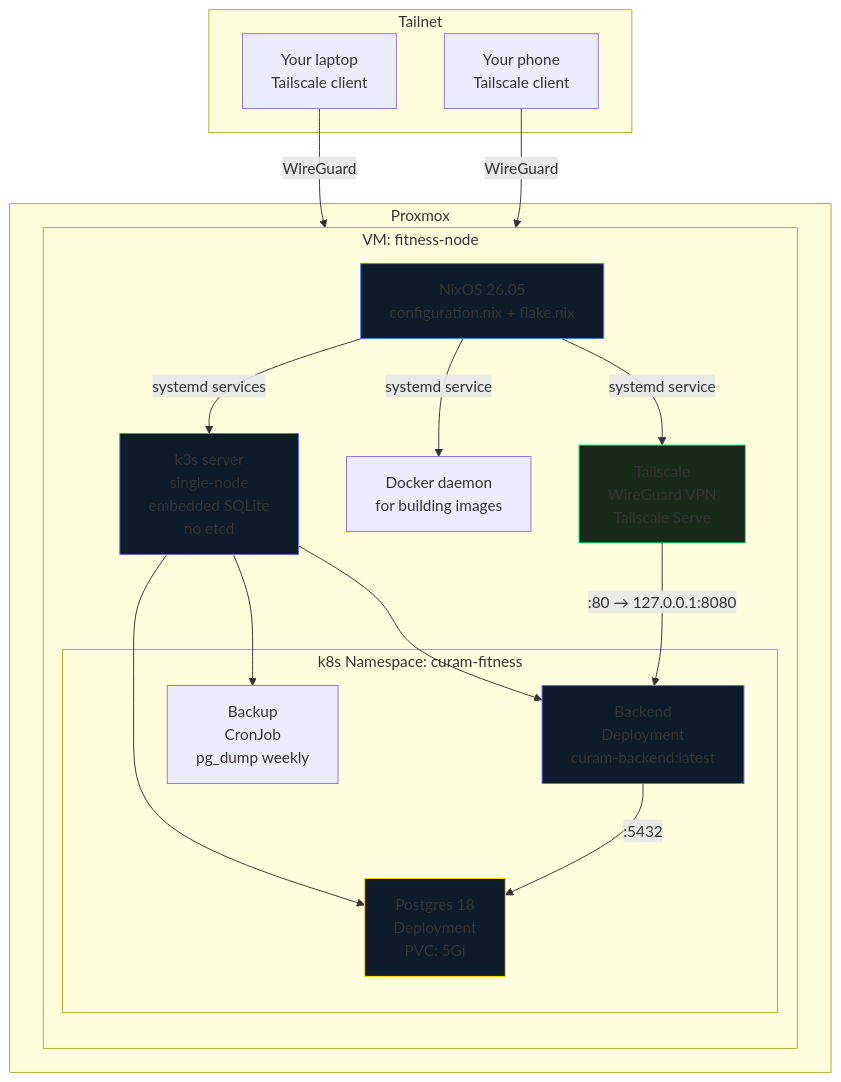
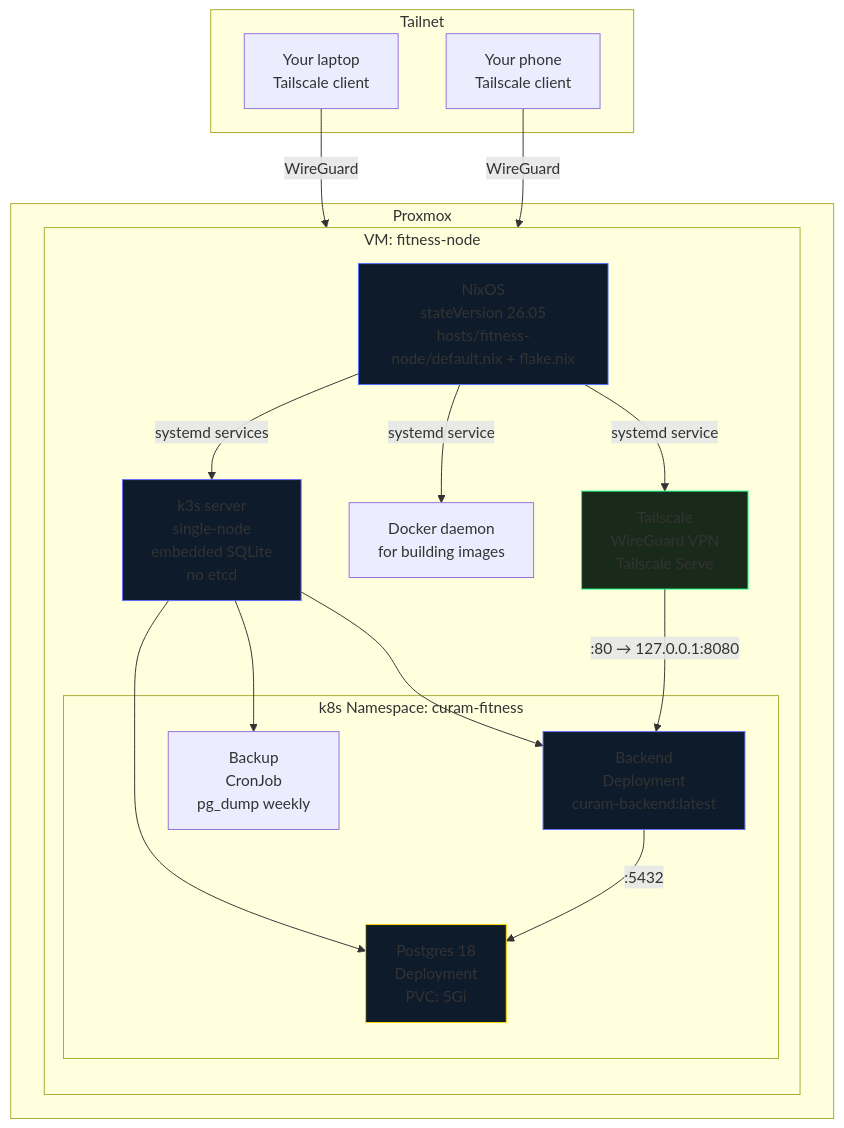
One commit to darrenmeehan/nix-config changed the first of 7 diagrams in docs/architecture.md. Above: the diagram before and after it, drawn with Mermaid. The commit also changed other lines of this file and 6 other files, not shown here.

Commit message:
docs: proxmox image workflow, fitness-node deploy walkthrough, k0s obsoletion

````diff
--- a/docs/architecture.md
+++ b/docs/architecture.md
@@ -10,39 +10,39 @@
 ```mermaid
 graph TB
     subgraph "Proxmox"
         subgraph "VM: fitness-node"
             direction TB
-            A[NixOS 26.05<br/>configuration.nix + flake.nix]
+            A[NixOS<br/>stateVersion 26.05<br/>hosts/fitness-node/default.nix + flake.nix]
             B[k3s server<br/>single-node<br/>embedded SQLite<br/>no etcd]
             C[Docker daemon<br/>for building images]
             D[Tailscale<br/>WireGuard VPN<br/>Tailscale Serve]
 
             subgraph "k8s Namespace: curam-fitness"
                 E[Postgres 18<br/>Deployment<br/>PVC: 5Gi]
                 F[Backend<br/>Deployment<br/>curam-backend:latest]
                 G[Backup<br/>CronJob<br/>pg_dump weekly]
             end
 
             A -->|systemd services| B
             A -->|systemd service| C
             A -->|systemd service| D
             B --> E
             B --> F
             B --> G
         end
     end
 
     subgraph "Tailnet"
         H[Your laptop<br/>Tailscale client] -->|WireGuard| D
         I[Your phone<br/>Tailscale client] -->|WireGuard| D
     end
 
     D -->|:80 → 127.0.0.1:8080| F
     F -->|:5432| E
 
     style A fill:#0d1b2a,stroke:#5271ff
     style B fill:#0d1b2a,stroke:#646cff
     style D fill:#1a2a1a,stroke:#0fff81
     style E fill:#0d1b2a,stroke:#ffd700
     style F fill:#0d1b2a,stroke:#646cff
 ```
````
